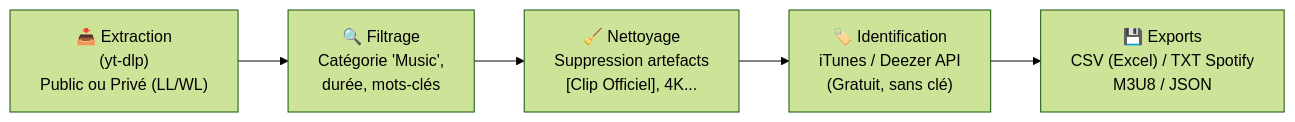
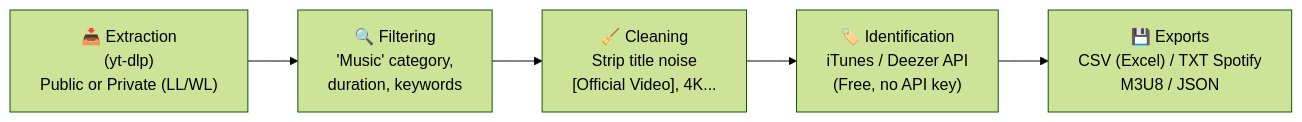
Before and after one commit to silveremartin-dev/YT-Playlist-Fetcher: the diagram in README.md, drawn with Mermaid (forest theme). The commit also changed other lines of this file and 7 other files, not shown here.

Commit message:
Translate documentation and codebase to English, refine music filtering, and strengthen gitignore

````diff
--- a/README.md
+++ b/README.md
@@ -24,7 +24,7 @@
 ```mermaid
 flowchart LR
-    A["📥 Extraction\n(yt-dlp)\nPublic ou Privé (LL/WL)"] --> B["🔍 Filtrage\nCatégorie 'Music',\ndurée, mots-clés"]
-    B --> C["🧹 Nettoyage\nSuppression artefacts\n[Clip Officiel], 4K..."]
-    C --> D["🏷️ Identification\niTunes / Deezer API\n(Gratuit, sans clé)"]
+    A["📥 Extraction\n(yt-dlp)\nPublic or Private (LL/WL)"] --> B["🔍 Filtering\n'Music' category,\nduration, keywords"]
+    B --> C["🧹 Cleaning\nStrip title noise\n[Official Video], 4K..."]
+    C --> D["🏷️ Identification\niTunes / Deezer API\n(Free, no API key)"]
     D --> E["💾 Exports\nCSV (Excel) / TXT Spotify\nM3U8 / JSON"]
 ```
````
